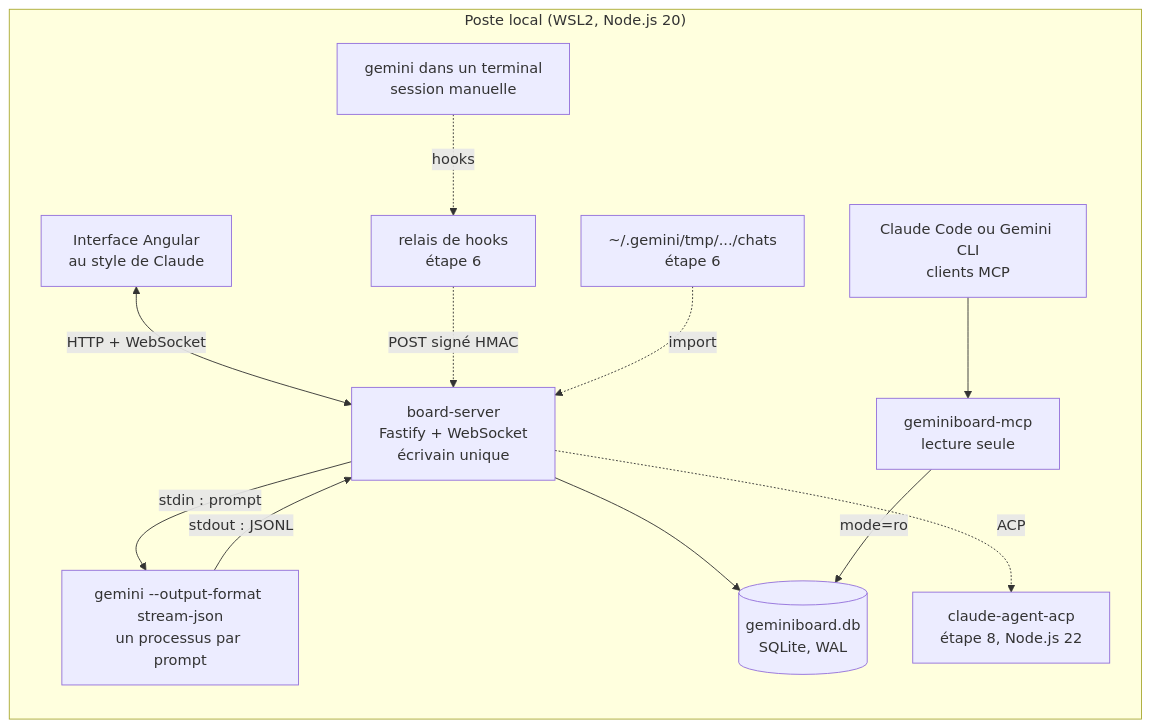
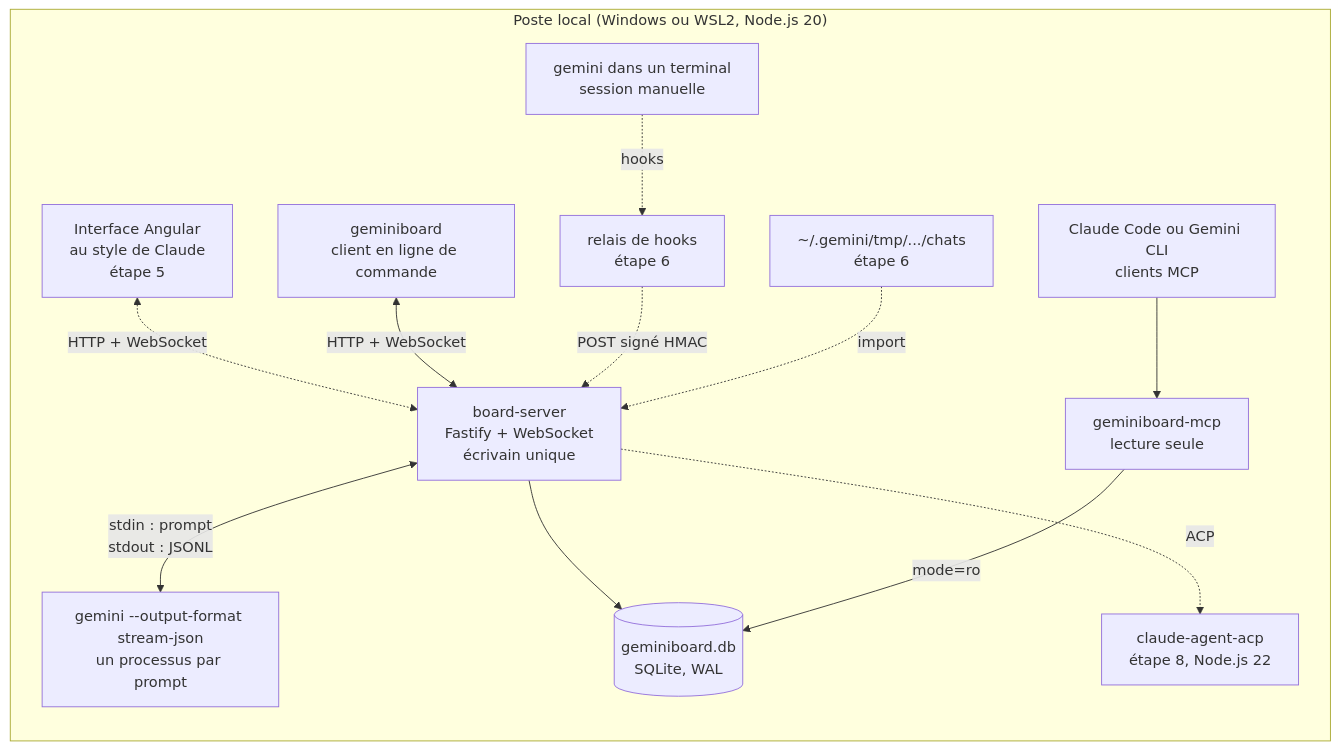
Before and after one commit to FredGarcia/geminiboard-cadrage: the first of 3 diagrams in README.md, drawn with Mermaid. The commit also changed other lines of this file and 8 other files, not shown here.

First line of the commit message:
docs: étape 4, serveur et client (README, skill 1.1.0)

````diff
--- a/README.md
+++ b/README.md
@@ -76,25 +77,26 @@
 ```mermaid
 flowchart LR
-  subgraph poste["Poste local (WSL2, Node.js 20)"]
-    UI["Interface Angular<br/>au style de Claude"]
+  subgraph poste["Poste local (Windows ou WSL2, Node.js 20)"]
+    UI["Interface Angular<br/>au style de Claude<br/>étape 5"]
+    CLI["geminiboard<br/>client en ligne de commande"]
     SRV["board-server<br/>Fastify + WebSocket<br/>écrivain unique"]
     DB[("geminiboard.db<br/>SQLite, WAL")]
     G1["gemini --output-format stream-json<br/>un processus par prompt"]
     MCP["geminiboard-mcp<br/>lecture seule"]
     CL["Claude Code ou Gemini CLI<br/>clients MCP"]
     G3["gemini dans un terminal<br/>session manuelle"]
     HOOK["relais de hooks<br/>étape 6"]
     FS["~/.gemini/tmp/.../chats<br/>étape 6"]
     C1["claude-agent-acp<br/>étape 8, Node.js 22"]
   end
-  UI <-->|"HTTP + WebSocket"| SRV
-  SRV -->|"stdin : prompt"| G1
-  G1 -->|"stdout : JSONL"| SRV
+  UI <-.->|"HTTP + WebSocket"| SRV
+  CLI <-->|"HTTP + WebSocket"| SRV
+  SRV <-->|"stdin : prompt<br/>stdout : JSONL"| G1
   SRV --> DB
   MCP -->|"mode=ro"| DB
   CL --> MCP
   G3 -.->|"hooks"| HOOK
   HOOK -.->|"POST signé HMAC"| SRV
   FS -.->|"import"| SRV
   SRV -.->|"ACP"| C1
 ```
````
